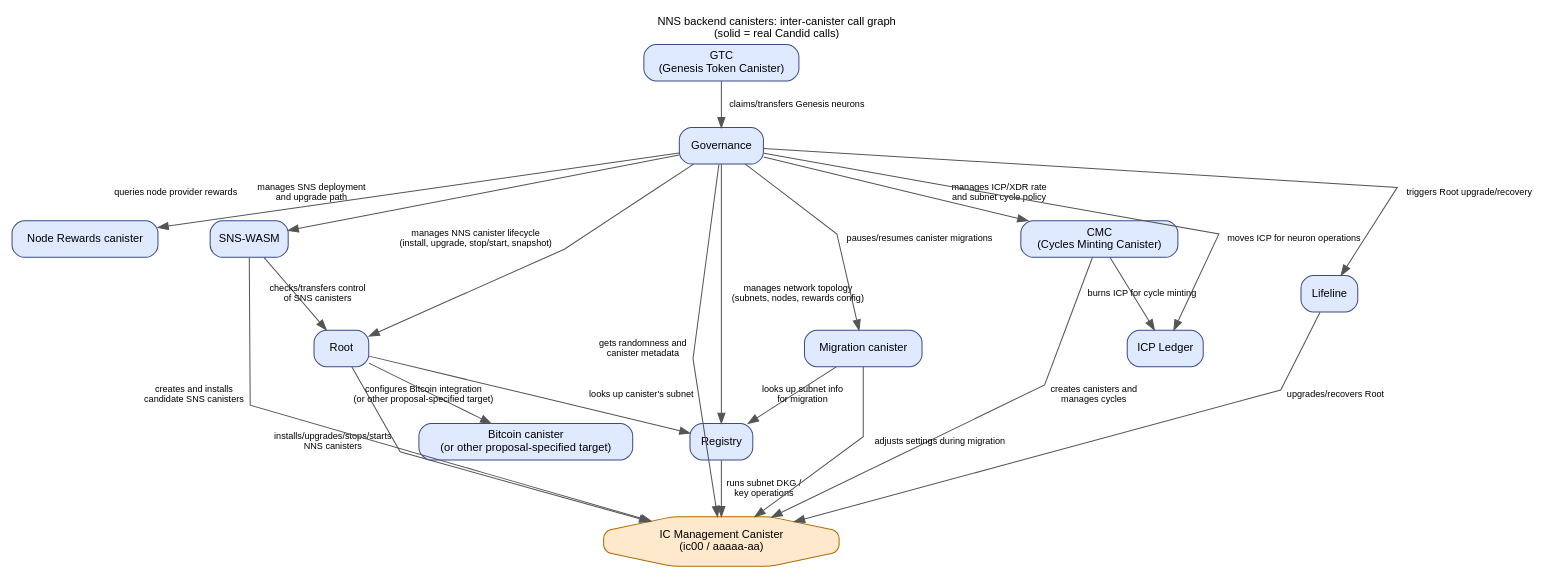
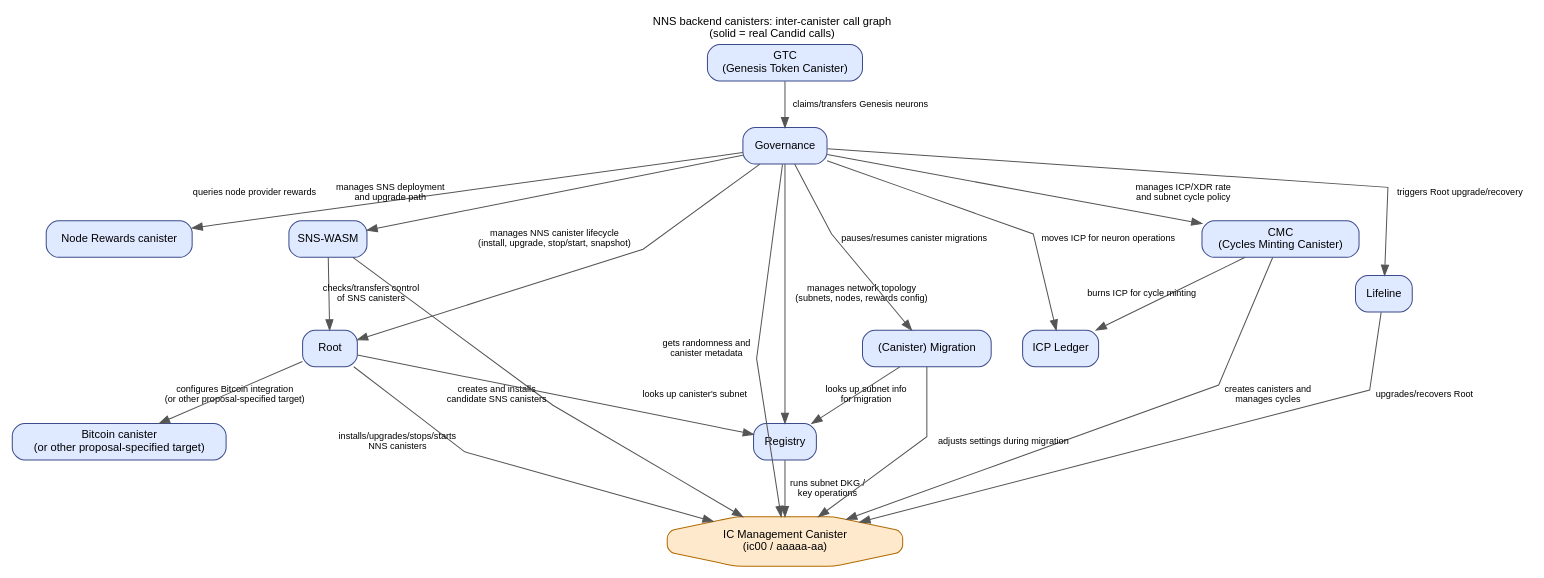
One commit to dfinity/ic changed the diagram in rs/nns/docs/canister_call_graph.dot. Above: the diagram before and after it, drawn with Graphviz. The commit also changed 1 other file, not shown here.

Commit message:
docs(nns): position canisters by importance relative to the trunk
Reorder node declarations and add an invisible ordering edge so visual
proximity to the GTC -> Governance -> Registry -> IC Management trunk
tells a story about NNS centrality, not just left/right balance:

- Root sits in the trunk's inner ring (it installs/upgrades every other
  NNS canister).
- SnsWasm, Cmc, and Ledger form the next ring in (SNS deployment, cycles
  minting, and ICP transfers are all core, frequent NNS operations).
- NodeRewards and ArbitraryCanister (Bitcoin) are pushed to the left
  periphery, and Migration/Lifeline to the right periphery, since these
  are narrower or rarer-use canisters. ArbitraryCanister's only real
  edge is to Root, which was pulling it toward the trunk despite it
  being one of the most peripheral canisters here, so an invisible
  layout-only edge groups it with Node Rewards canister instead.

Also rename the Migration node's label to "(Canister) Migration".

Left/right balance and the trunk's straightness/centering are
preserved (offset from center is still well under 5% of canvas width).

Regenerate canister_call_graph.svg to match.

```diff
--- a/rs/nns/docs/canister_call_graph.dot
+++ b/rs/nns/docs/canister_call_graph.dot
@@ -1,72 +1,92 @@
 digraph NNSBackendCanisterCalls {
   graph [fontname="Helvetica", fontsize=11, labelloc=t, splines=line, label="NNS backend canisters: inter-canister call graph\n(solid = real Candid calls)"];
   node [shape=box, style="rounded,filled", fontname="Helvetica", fontsize=11, fillcolor="#eef2ff", color="#3b4b8c"];
   edge [fontname="Helvetica", fontsize=9, color="#555555"];
 
   // Node declaration order below (left-to-right in the rendered layout) is
-  // chosen to balance visual weight on either side of the GTC -> Governance
-  // -> Registry -> IC Management trunk (see weight=10 edges on those edges),
-  // not to match any semantic grouping.
+  // chosen for two things at once: (1) balance visual weight on either side
+  // of the GTC -> Governance -> Registry -> IC Management trunk (see
+  // weight=10 edges on those edges), and (2) place canisters that are more
+  // central to NNS operation closer to that trunk, with narrower/rarer-use
+  // canisters pushed toward the left/right peripheries. Root is treated as
+  // effectively part of the trunk's inner ring (it installs/upgrades every
+  // other NNS canister); SnsWasm/Cmc/Ledger form the next ring in; and
+  // NodeRewards/ArbitraryCanister (left) and Migration/Lifeline (right) are
+  // the peripheral, narrow-scope canisters. This is a judgment call, not a
+  // rigid formula -- see PR discussion for the reasoning. Note that dot's
+  // layout is driven mostly by actual edge structure rather than pure
+  // declaration order once a node has more than one real edge, so getting
+  // this ring structure to render as intended also requires the invisible
+  // ordering edge down by the real edges (see below).
   NodeRewards  [label="Node Rewards canister", fillcolor="#dfe9ff"];
+  ArbitraryCanister [label="Bitcoin canister\n(or other proposal-specified target)", fillcolor="#dfe9ff"];
+  SnsWasm      [label="SNS-WASM", fillcolor="#dfe9ff"];
   Root         [fillcolor="#dfe9ff"];
+  Gtc          [label="GTC\n(Genesis Token Canister)", fillcolor="#dfe9ff"];
   Governance   [fillcolor="#dfe9ff"];
   Registry     [fillcolor="#dfe9ff"];
-  SnsWasm      [label="SNS-WASM", fillcolor="#dfe9ff"];
+  IcManagement [label="IC Management Canister\n(ic00 / aaaaa-aa)", shape=octagon, fillcolor="#ffe9cc", color="#b06a00"];
   Cmc          [label="CMC\n(Cycles Minting Canister)", fillcolor="#dfe9ff"];
-  Gtc          [label="GTC\n(Genesis Token Canister)", fillcolor="#dfe9ff"];
+  Ledger       [label="ICP Ledger", fillcolor="#dfe9ff"];
+  Migration    [label="(Canister) Migration", fillcolor="#dfe9ff"];
   Lifeline     [fillcolor="#dfe9ff"];
-  Ledger       [label="ICP Ledger", fillcolor="#dfe9ff"];
-  Migration    [label="Migration canister", fillcolor="#dfe9ff"];
-  IcManagement [label="IC Management Canister\n(ic00 / aaaaa-aa)", shape=octagon, fillcolor="#ffe9cc", color="#b06a00"];
-  ArbitraryCanister [label="Bitcoin canister\n(or other proposal-specified target)", fillcolor="#dfe9ff"];
 
   // ---- Governance outbound ----
   Governance -> Root     [label="manages NNS canister lifecycle\n(install, upgrade, stop/start, snapshot)"];
   Governance -> Registry [label="manages network topology\n(subnets, nodes, rewards config)", weight=10];
   Governance -> SnsWasm  [label="manages SNS deployment\nand upgrade path"];
   Governance -> Cmc      [label="manages ICP/XDR rate\nand subnet cycle policy"];
   Governance -> Ledger   [label="moves ICP for neuron operations"];
   Governance -> Lifeline [label="triggers Root upgrade/recovery"];
   Governance -> Migration [label="pauses/resumes canister migrations"];
   Governance -> NodeRewards [label="queries node provider rewards"];
   Governance -> IcManagement [label="gets randomness and\ncanister metadata"];
 
   // ---- Root outbound ----
   Root -> IcManagement [label="installs/upgrades/stops/starts\nNNS canisters"];
   Root -> Registry     [label="looks up canister's subnet"];
   Root -> ArbitraryCanister [label="configures Bitcoin integration\n(or other proposal-specified target)"];
 
   // ---- Root -> Governance: NOT a real Candid call ----
   // (No confirmed rs/nns/handlers/root call into Governance's own API.)
   // Root's Governance -> Root change_nns_canister edge above can result in
   // Root calling ic00.install_code with canister_id=Governance -- but that's
   // already covered by the generic "Root -> IcManagement" lifecycle edge.
   // NOTE: Governance's #[post_upgrade] (rs/nns/governance/canister/canister.rs:150-151)
   // takes NO argument and restores state purely from stable memory, so there is
   // no "upgrade arg passed from Root to Governance" to depict -- omitted.
 
   // ---- Lifeline outbound ----
   Lifeline -> IcManagement [label="upgrades/recovers Root"];
 
   // ---- SNS-WASM outbound ----
   SnsWasm -> IcManagement [label="creates and installs\ncandidate SNS canisters"];
   SnsWasm -> Root         [label="checks/transfers control\nof SNS canisters"];
 
   // ---- GTC outbound ----
   // weight=10 pulls this edge straight so the GTC -> Governance -> Registry ->
   // IC Management spine renders centered instead of drifting to one side.
   Gtc -> Governance [label="claims/transfers Genesis neurons", weight=10];
 
   // ---- CMC outbound ----
   Cmc -> IcManagement [label="creates canisters and\nmanages cycles"];
   Cmc -> Ledger       [label="burns ICP for cycle minting"];
 
   // ---- Migration canister outbound ----
   Migration -> IcManagement [label="adjusts settings during migration"];
   Migration -> Registry     [label="looks up subnet info\nfor migration"];
 
   // ---- Registry outbound ----
   Registry -> IcManagement [label="runs subnet DKG /\nkey operations", weight=10];
 
   // Node Rewards canister: no confirmed outbound calls found (read-only via caller checks).
+
+  // ---- layout-only ordering hint (no real call) ----
+  // ArbitraryCanister (Bitcoin) only has a real edge to Root, which pulls it
+  // toward the trunk despite it being one of the most peripheral, narrowest-
+  // scope canisters (a single proposal-specified relay target). This
+  // invisible edge to Node Rewards canister -- the other peripheral,
+  // narrow-scope canister on this side of the trunk -- keeps them grouped
+  // together at the periphery instead.
+  NodeRewards -> ArbitraryCanister [style=invis, weight=5];
 }
```
